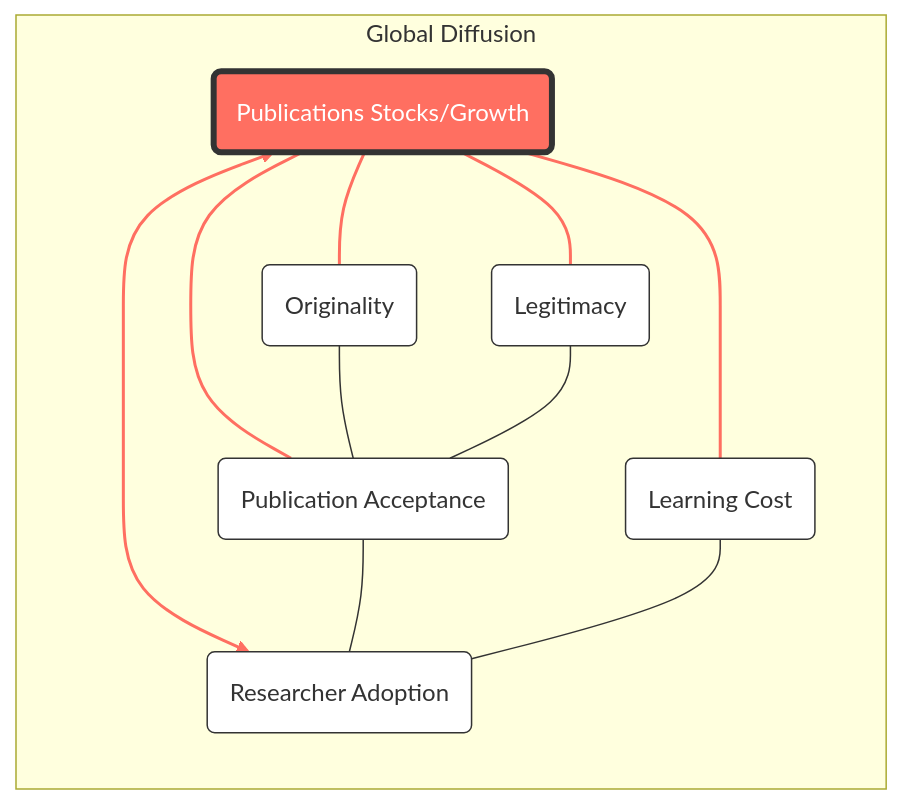
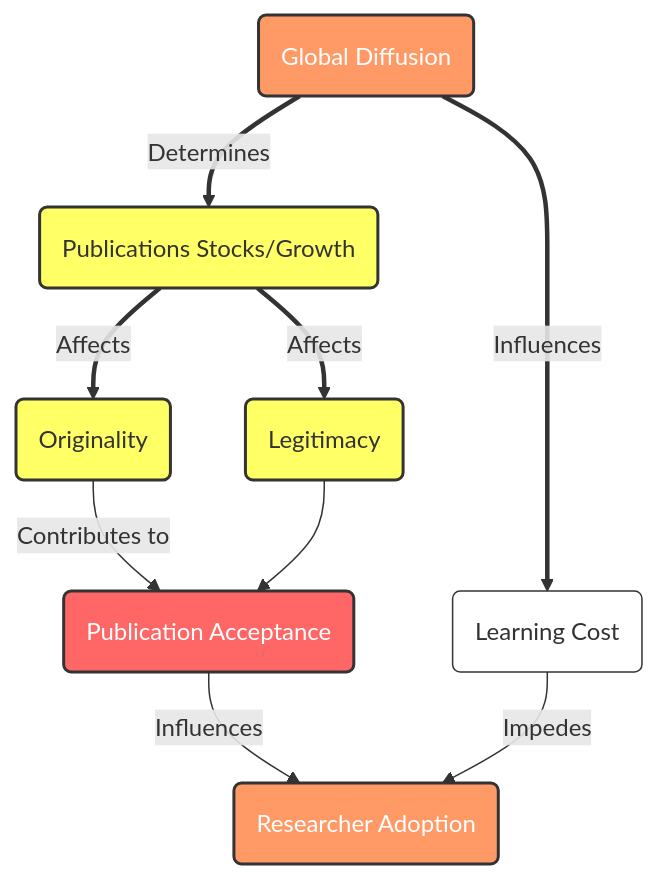
The eighth of 11 diagrams in M&R/diffusion_nlp_mermaid.qmd (oliviercaron/presentation_revealjs), drawn with Mermaid before and after one commit. The commit also changed other lines of this file and 4 other files, not shown here.

Commit message:
mermaid graphs ; second choice is the one to modify

````diff
--- a/M&R/diffusion_nlp_mermaid.qmd
+++ b/M&R/diffusion_nlp_mermaid.qmd
@@ -255,38 +278,40 @@
 ```{mermaid}
-graph LR
-  %% Redefine nodes without Global Diffusion as a single node
-  PS("Publications Stocks/Growth") --- OP("Originality")
-  PS --- LE("Legitimacy")
-  PS --- PA("Publication Acceptance")
-  PS --- LC("Learning Cost")
-  PS <---> RA("Researcher Adoption")
+graph TD
+  %% Define nodes with clear labels
+  GD(Global Diffusion) -->|Determines| PS(Publications Stocks/Growth)
+  GD -->|Influences| LC(Learning Cost)
+  PS -->|Affects| OP(Originality)
+  PS -->|Affects| LE(Legitimacy)
   
-  %% Define additional relationships
-  OP --- PA
-  LE --- PA
-  PA --- RA
-  LC --- RA
+  %% Define relationships between publication acceptance and other factors
+  OP -->|Contributes to| PA(Publication Acceptance)
+  LE --> PA
+  PA -->|Influences| RA(Researcher Adoption)
+  LC -->|Impedes| RA
+  
+  %% Styling for emphasis
+  classDef default fill:#fff,stroke:#333,stroke-width:1px;
+  classDef emphasis fill:#f96,stroke:#333,stroke-width:2px, color:#fff;
+  classDef influenced fill:#ff6,stroke:#333,stroke-width:2px, color:#333;
+  classDef impacting fill:#f66,stroke:#333,stroke-width:2px, color:#fff;
+  
+  %% Apply styles for emphasis
+  class GD,RA emphasis;
+  class PS,OP,LE influenced;
+  class PA impacting;
 
-  %% Styling for emphasis and thick arrows
-  classDef default fill:#fff,stroke:#333,stroke-width:1px;
-  classDef emphasis fill:#ff6f61,stroke:#333,stroke-width:4px, color:#fff;
+  %% Define subgraphs if necessary (optional)
+  %% subgraph TopRank "Top Rank Journals"
+  %% OP -->|Influences| TR(Top Rank Journals)
+  %% end
+  %% subgraph SecondRank "Second Rank Journals"
+  %% LE -->|Influences| SR(Second Rank Journals)
+  %% end
   
-  class PS emphasis;
+  %% Apply thick arrow styling for emphasis
+  linkStyle 0 stroke:#333,stroke-width:3px;
+  linkStyle 1 stroke:#333,stroke-width:3px;
+  linkStyle 2 stroke:#333,stroke-width:3px;
+  linkStyle 3 stroke:#333,stroke-width:3px;
 
-  %% Define global diffusion frame
-  subgraph GD["Global Diffusion"]
-    OP
-    LE
-    PA
-    LC
-    RA
-    PS
-  end
-  
-  %% Apply styling
-  linkStyle 0 stroke:#ff6f61,stroke-width:2px;
-  linkStyle 1 stroke:#ff6f61,stroke-width:2px;
-  linkStyle 2 stroke:#ff6f61,stroke-width:2px;
-  linkStyle 3 stroke:#ff6f61,stroke-width:2px;
-  linkStyle 4 stroke:#ff6f61,stroke-width:2px, arrowhead:vee, arrowtail:vee;
 ```
````
